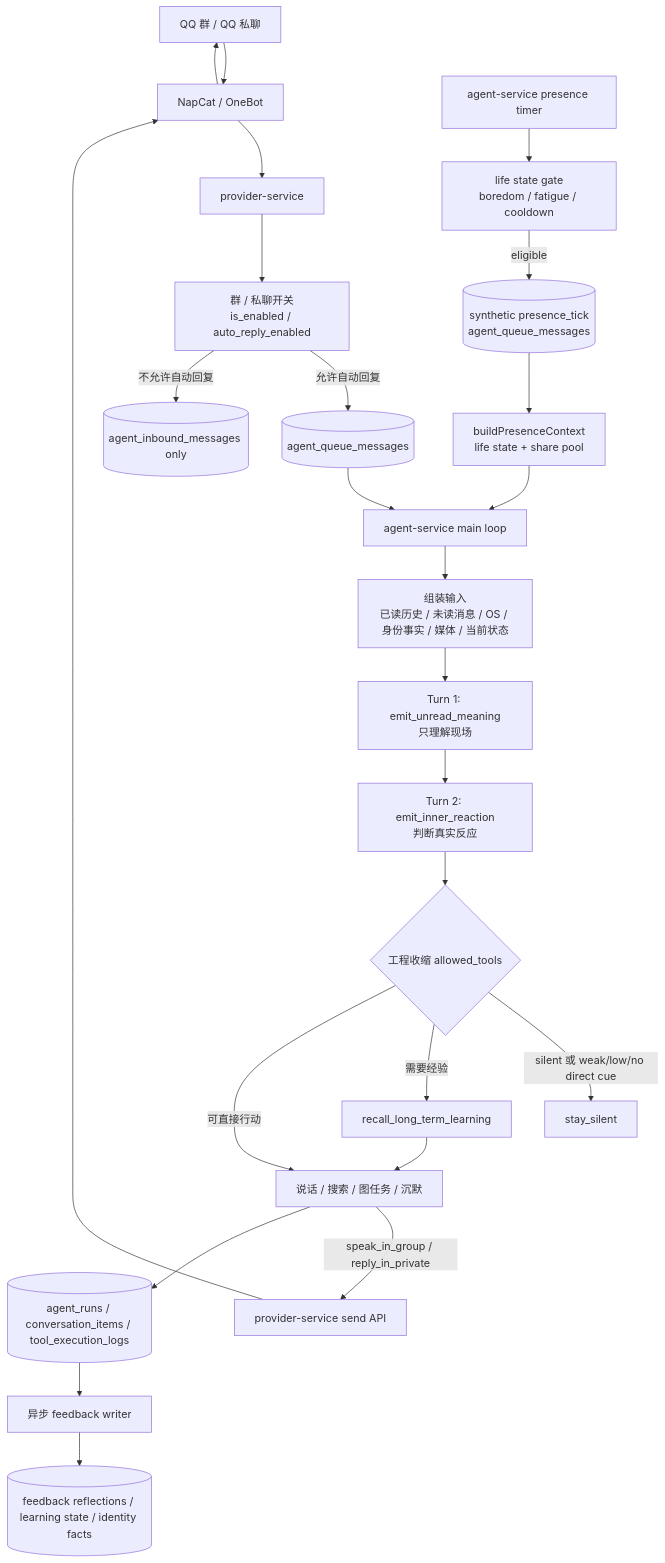
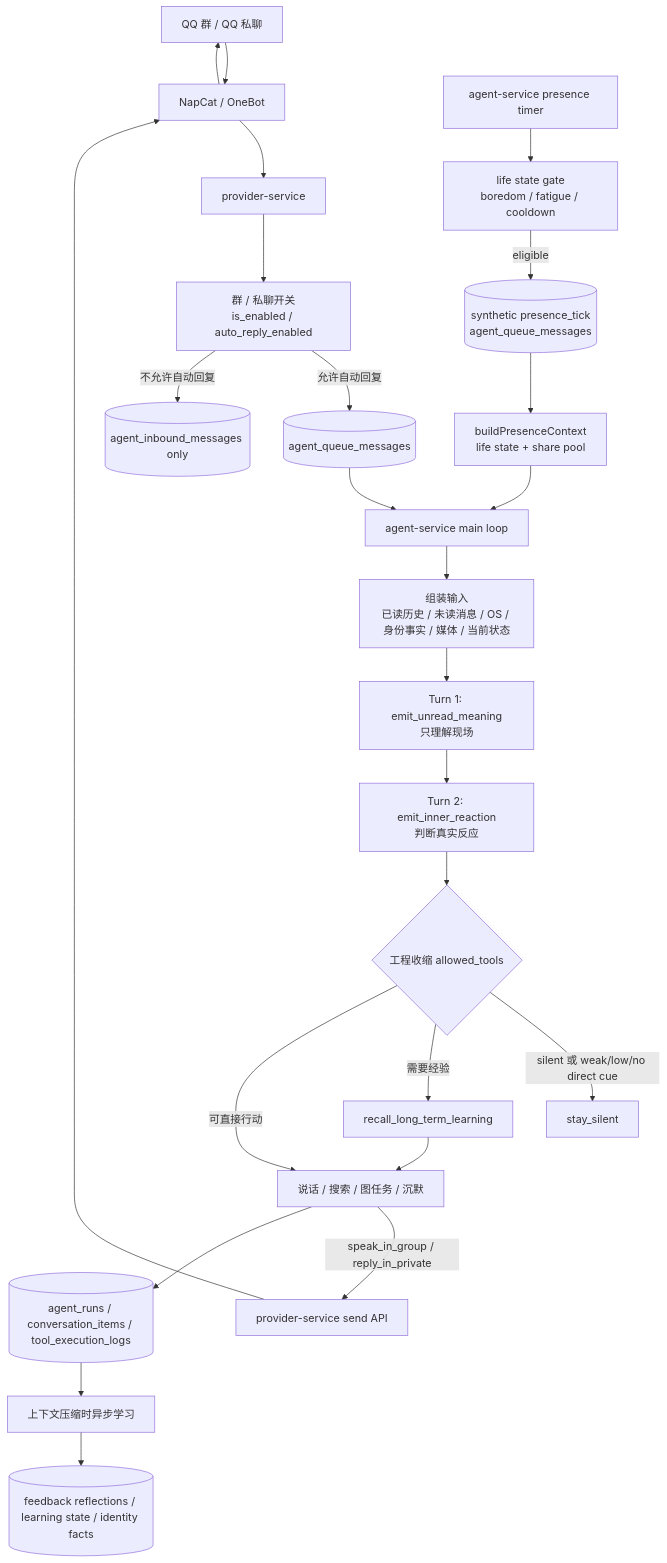
One commit to Hei-AI/xiaoni_cc changed the first of 8 diagrams in docs/XIAONI_SPEAKING_FLOW.md. Above: the diagram before and after it, drawn with Mermaid. The commit also changed other lines of this file and 3 other files, not shown here.

````diff
--- a/docs/XIAONI_SPEAKING_FLOW.md
+++ b/docs/XIAONI_SPEAKING_FLOW.md
@@ -13,31 +13,31 @@
 ```mermaid
 flowchart TD
   QQ[QQ 群 / QQ 私聊] --> NapCat[NapCat / OneBot]
   NapCat --> Provider[provider-service]
 
   Provider --> Policy[群 / 私聊开关<br/>is_enabled / auto_reply_enabled]
   Policy -->|允许自动回复| Queue[(agent_queue_messages)]
   Policy -->|不允许自动回复| InboxOnly[(agent_inbound_messages only)]
 
   AgentTimer[agent-service presence timer] --> LifeGate[life state gate<br/>boredom / fatigue / cooldown]
   LifeGate -->|eligible| PresenceQueue[(synthetic presence_tick<br/>agent_queue_messages)]
 
   Queue --> Loop[agent-service main loop]
   PresenceQueue --> PresenceCtx[buildPresenceContext<br/>life state + share pool]
   PresenceCtx --> Loop
 
   Loop --> Context[组装输入<br/>已读历史 / 未读消息 / OS / 身份事实 / 媒体 / 当前状态]
   Context --> U1[Turn 1: emit_unread_meaning<br/>只理解现场]
   U1 --> U2[Turn 2: emit_inner_reaction<br/>判断真实反应]
   U2 --> Gate{工程收缩 allowed_tools}
   Gate -->|silent 或 weak/low/no direct cue| Silent[stay_silent]
   Gate -->|需要经验| Recall[recall_long_term_learning]
   Recall --> Action[说话 / 搜索 / 图任务 / 沉默]
   Gate -->|可直接行动| Action
   Action -->|speak_in_group / reply_in_private| ProviderSend[provider-service send API]
   ProviderSend --> NapCat --> QQ
 
   Action --> Record[(agent_runs / conversation_items / tool_execution_logs)]
-  Record --> Learn[异步 feedback writer]
+  Record --> Learn[上下文压缩时异步学习]
   Learn --> Memory[(feedback reflections / learning state / identity facts)]
 ```
````
